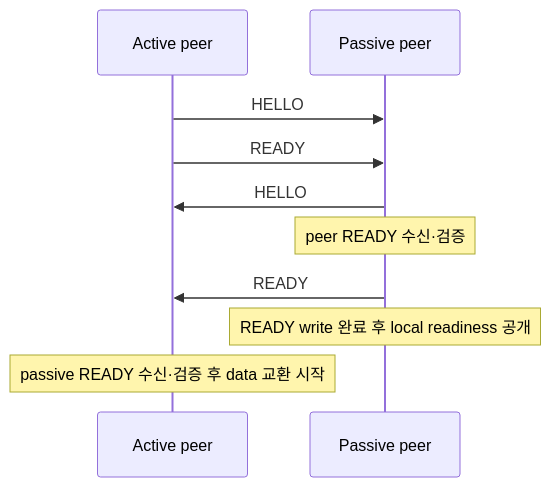
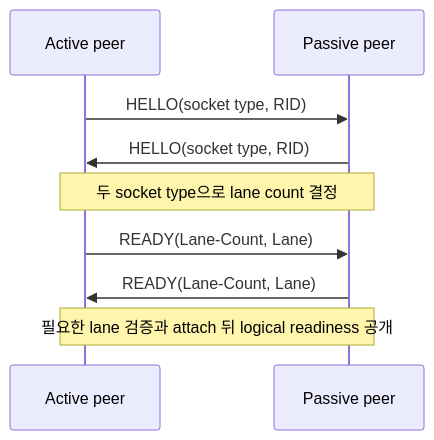
Before and after one commit to zlink-systems/zlink: the first of 2 diagrams in core/doc/spec/core/protocol/01-zmp.ko.md, drawn with Mermaid. The commit also changed other lines of this file and 69 other files, not shown here.

````diff
--- a/core/doc/spec/core/protocol/01-zmp.ko.md
+++ b/core/doc/spec/core/protocol/01-zmp.ko.md
@@ -130,13 +137,12 @@
 ```mermaid
 sequenceDiagram
     participant A as Active peer
     participant P as Passive peer
 
-    A->>P: HELLO
-    A->>P: READY
-    P->>A: HELLO
-    Note over P: peer READY 수신·검증
-    P->>A: READY
-    Note over P: READY write 완료 후 local readiness 공개
-    Note over A: passive READY 수신·검증 후 data 교환 시작
+    A->>P: HELLO(socket type, RID)
+    P->>A: HELLO(socket type, RID)
+    Note over A,P: 두 socket type으로 lane count 결정
+    A->>P: READY(Lane-Count, Lane)
+    P->>A: READY(Lane-Count, Lane)
+    Note over A,P: 필요한 lane 검증과 attach 뒤 logical readiness 공개
 ```
````
